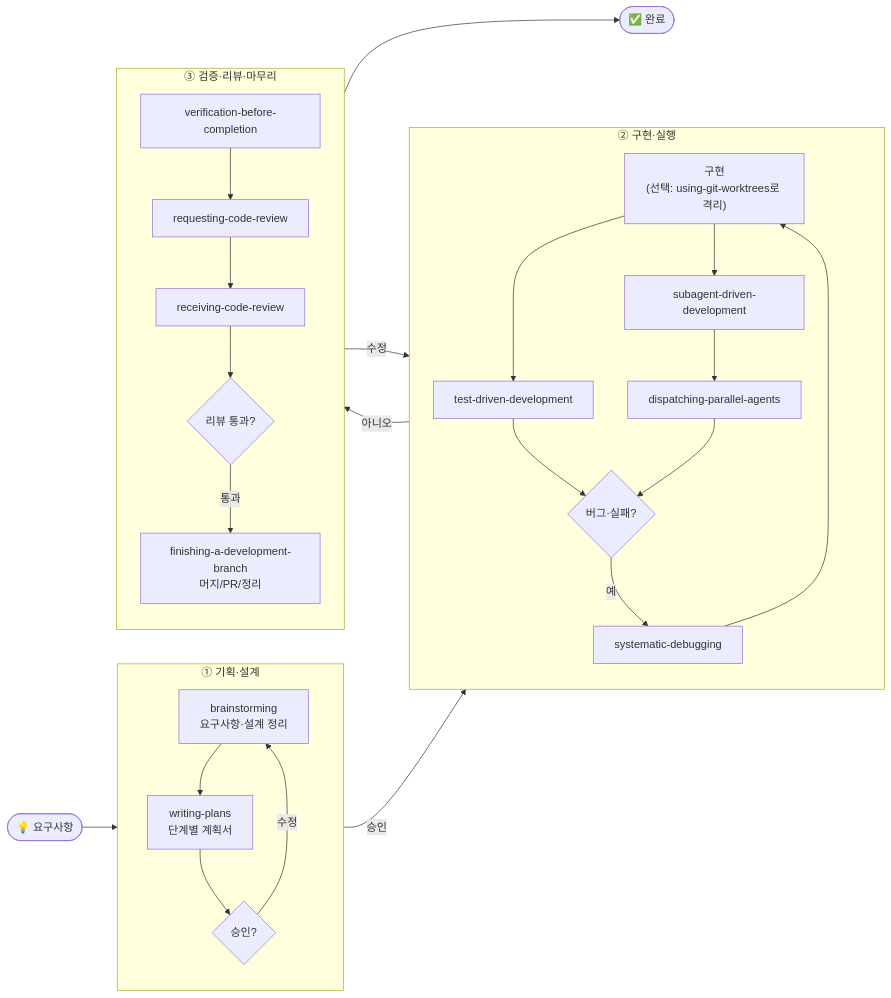
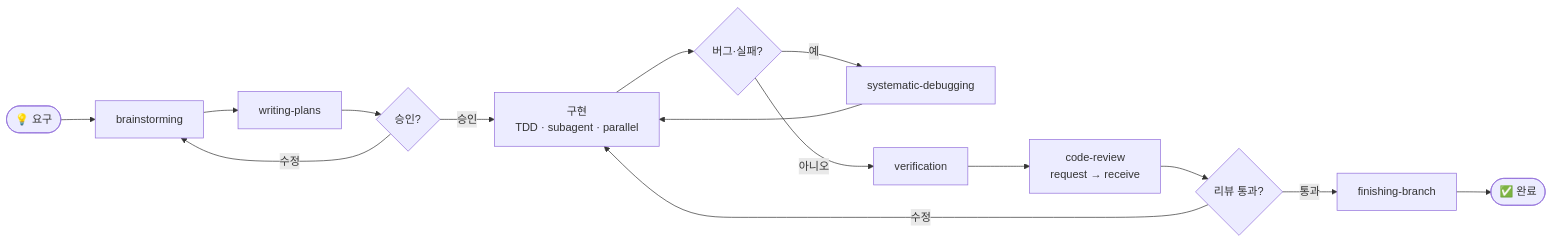
One commit to uuuhyun/claude-code-harness-guide changed the diagram in harnesses/superpowers.md. Above: the diagram before and after it, drawn with Mermaid. The commit also changed other lines of this file, not shown here.

Commit message:
docs: superpowers 흐름도 간소화(서브그래프 제거·노드 축소·순서 고정)

````diff
--- a/harnesses/superpowers.md
+++ b/harnesses/superpowers.md
@@ -55,47 +55,11 @@
 ```mermaid
 flowchart LR
-    START(["💡 요구사항"])
-
-    subgraph PLAN["① 기획·설계"]
-        direction TB
-        BS["brainstorming<br/>요구사항·설계 정리"]
-        WP["writing-plans<br/>단계별 계획서"]
-        APPROVE{"승인?"}
-        BS --> WP --> APPROVE
-        APPROVE -->|수정| BS
-    end
-
-    subgraph DEV["② 구현·실행"]
-        direction TB
-        IMPL["구현<br/>(선택: using-git-worktrees로 격리)"]
-        TDD["test-driven-development"]
-        SDD["subagent-driven-development"]
-        DPA["dispatching-parallel-agents"]
-        BUG{"버그·실패?"}
-        DBG["systematic-debugging"]
-        IMPL --> TDD & SDD
-        SDD --> DPA
-        TDD --> BUG
-        DPA --> BUG
-        BUG -->|예| DBG --> IMPL
-    end
-
-    subgraph SHIP["③ 검증·리뷰·마무리"]
-        direction TB
-        VER["verification-before-completion"]
-        REQ["requesting-code-review"]
-        REC["receiving-code-review"]
-        PASS{"리뷰 통과?"}
-        FIN["finishing-a-development-branch<br/>머지/PR/정리"]
-        VER --> REQ --> REC --> PASS
-        PASS -->|통과| FIN
-    end
-
-    DONE(["✅ 완료"])
-
-    START --> BS
-    APPROVE -->|승인| IMPL
-    BUG -->|아니오| VER
-    PASS -->|수정| IMPL
-    FIN --> DONE
+    A(["💡 요구"]) --> B["brainstorming"] --> C["writing-plans"] --> D{"승인?"}
+    D -->|수정| B
+    D -->|승인| E["구현<br/>TDD · subagent · parallel"]
+    E --> F{"버그·실패?"}
+    F -->|예| G["systematic-debugging"] --> E
+    F -->|아니오| H["verification"] --> I["code-review<br/>request → receive"] --> J{"리뷰 통과?"}
+    J -->|수정| E
+    J -->|통과| K["finishing-branch"] --> L(["✅ 완료"])
 ```
````
